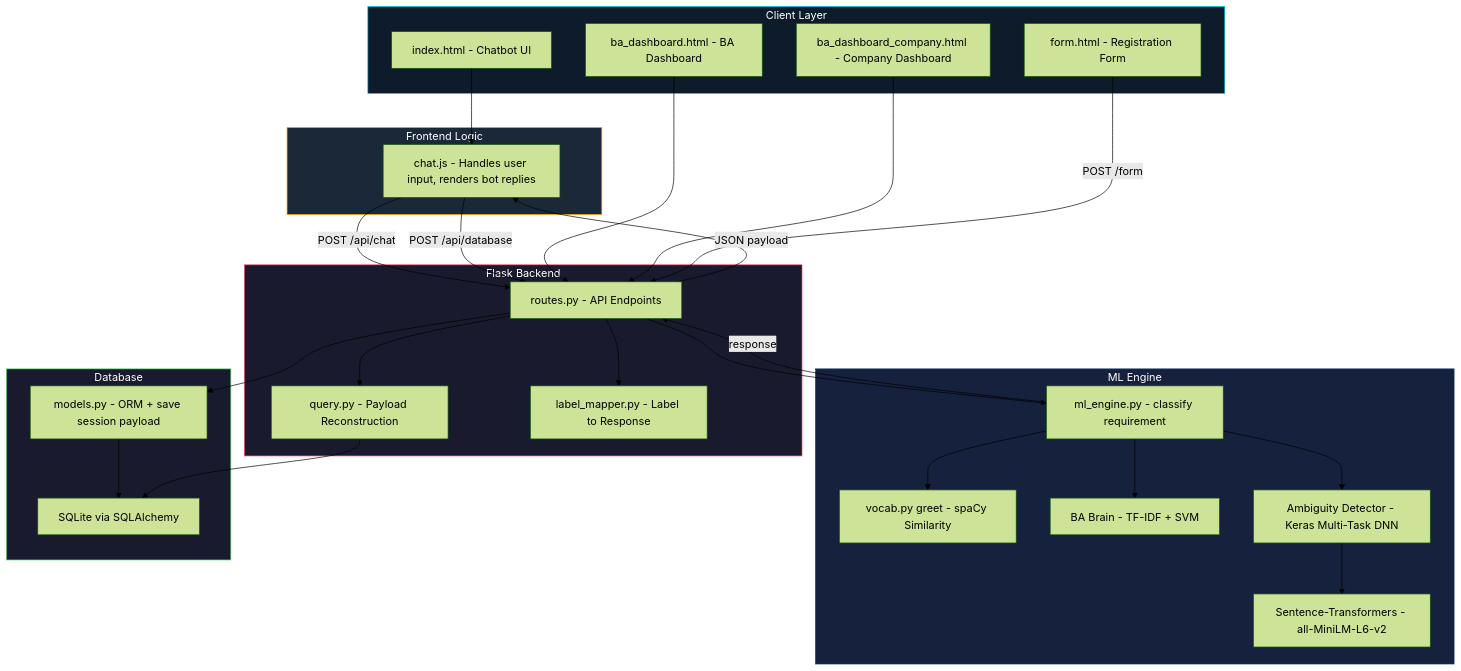
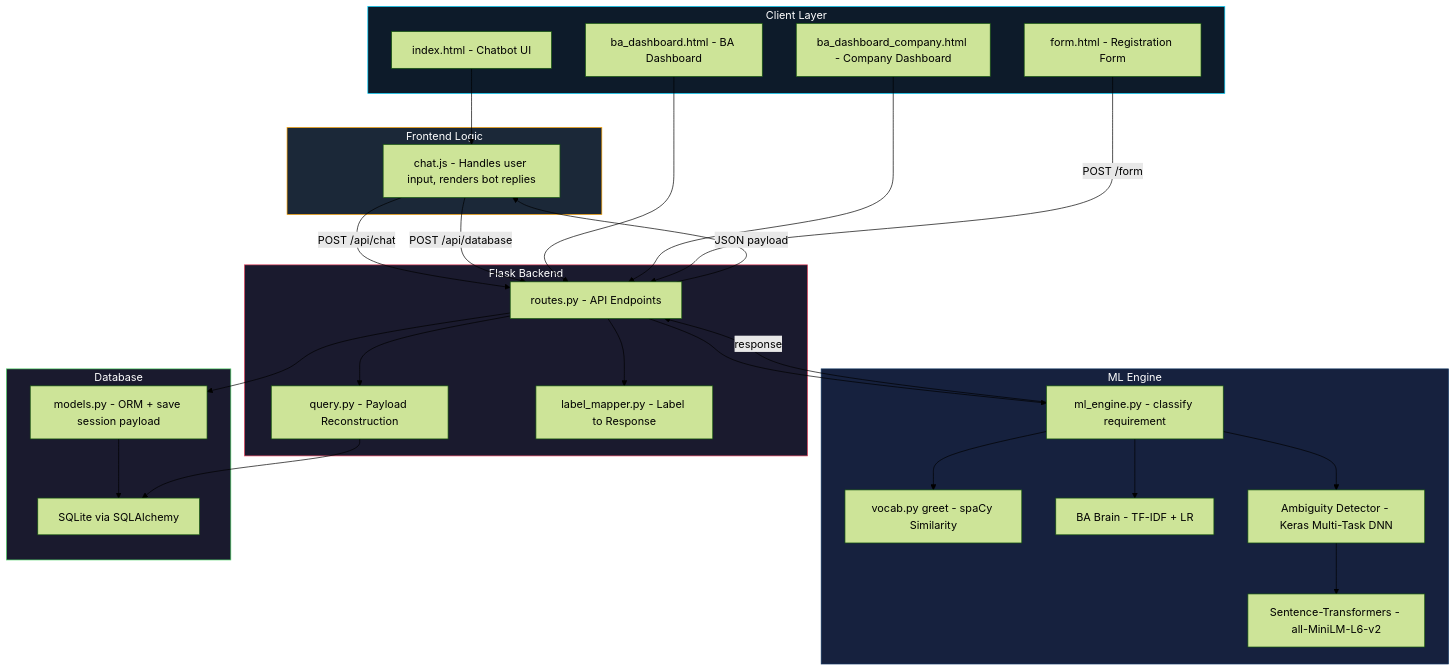
Before and after one commit to FahadhCodes/project_AIRES: the first of 6 diagrams in README.md, drawn with Mermaid (forest theme). The commit also changed other lines of this file, not shown here.

````diff
--- a/README.md
+++ b/README.md
@@ -82,57 +87,57 @@
 ```mermaid
 flowchart TB
     subgraph CLIENT["Client Layer"]
         UI["index.html - Chatbot UI"]
         DASH["ba_dashboard.html - BA Dashboard"]
         CDASH["ba_dashboard_company.html - Company Dashboard"]
         FORM["form.html - Registration Form"]
     end
 
     subgraph JS["Frontend Logic"]
         CHATJS["chat.js - Handles user input, renders bot replies"]
     end
 
     subgraph FLASK["Flask Backend"]
         ROUTES["routes.py - API Endpoints"]
         QUERY["query.py - Payload Reconstruction"]
         MAPPER["label_mapper.py - Label to Response"]
     end
 
     subgraph ML["ML Engine"]
         ENGINE["ml_engine.py - classify requirement"]
         GREET["vocab.py greet - spaCy Similarity"]
-        BABRAIN["BA Brain - TF-IDF + SVM"]
+        BABRAIN["BA Brain - TF-IDF + LR"]
         AMBIGUITY["Ambiguity Detector - Keras Multi-Task DNN"]
         SBERT["Sentence-Transformers - all-MiniLM-L6-v2"]
     end
 
     subgraph DB["Database"]
         SQLITE["SQLite via SQLAlchemy"]
         MODELS["models.py - ORM + save session payload"]
     end
 
     UI --> CHATJS
     CHATJS -- "POST /api/chat" --> ROUTES
     ROUTES --> ENGINE
     ENGINE --> GREET
     ENGINE --> BABRAIN
     ENGINE --> AMBIGUITY
     AMBIGUITY --> SBERT
     ENGINE -- "response" --> ROUTES
     ROUTES --> MAPPER
     ROUTES -- "JSON payload" --> CHATJS
     CHATJS -- "POST /api/database" --> ROUTES
     ROUTES --> MODELS
     MODELS --> SQLITE
     DASH --> ROUTES
     CDASH --> ROUTES
     ROUTES --> QUERY
     QUERY --> SQLITE
     FORM -- "POST /form" --> ROUTES
 
     style CLIENT fill:#0d1b2a,stroke:#00d4ff,color:#fff
     style JS fill:#1b2838,stroke:#ffa500,color:#fff
     style FLASK fill:#1a1a2e,stroke:#e94560,color:#fff
     style ML fill:#16213e,stroke:#0f3460,color:#fff
     style DB fill:#1a1a2e,stroke:#53d769,color:#fff
 ```
````
